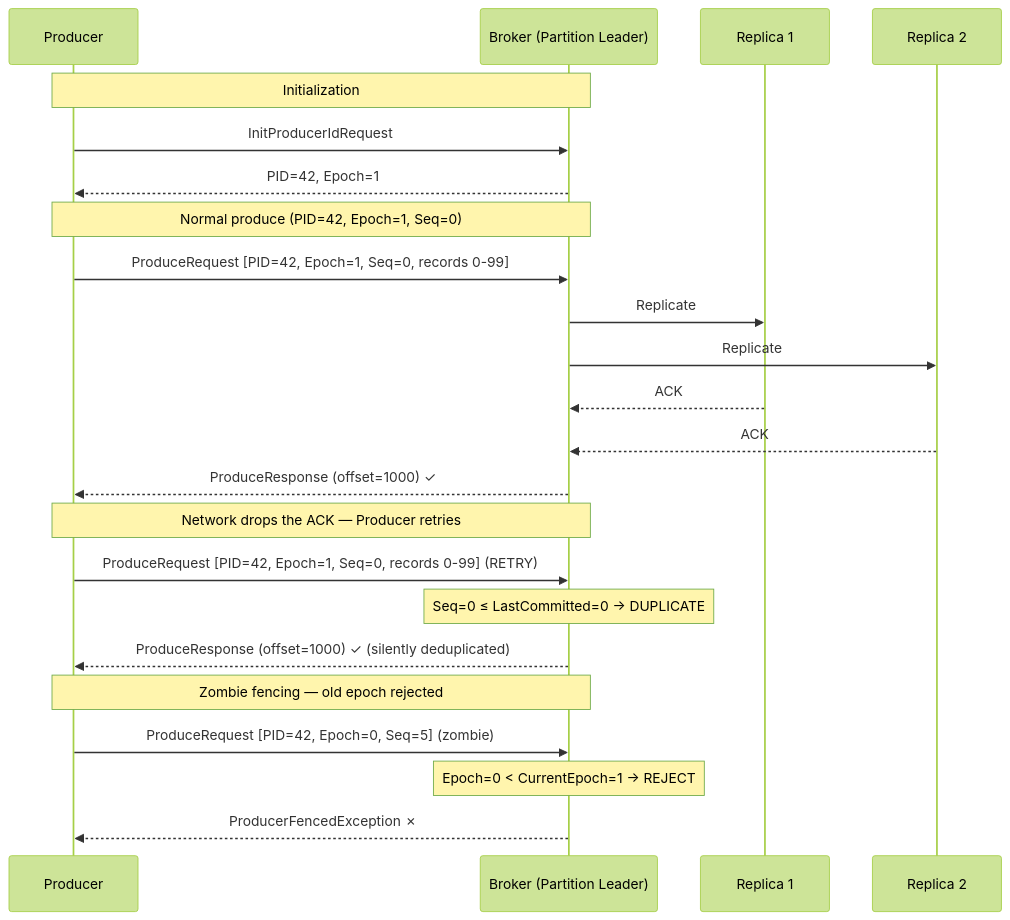
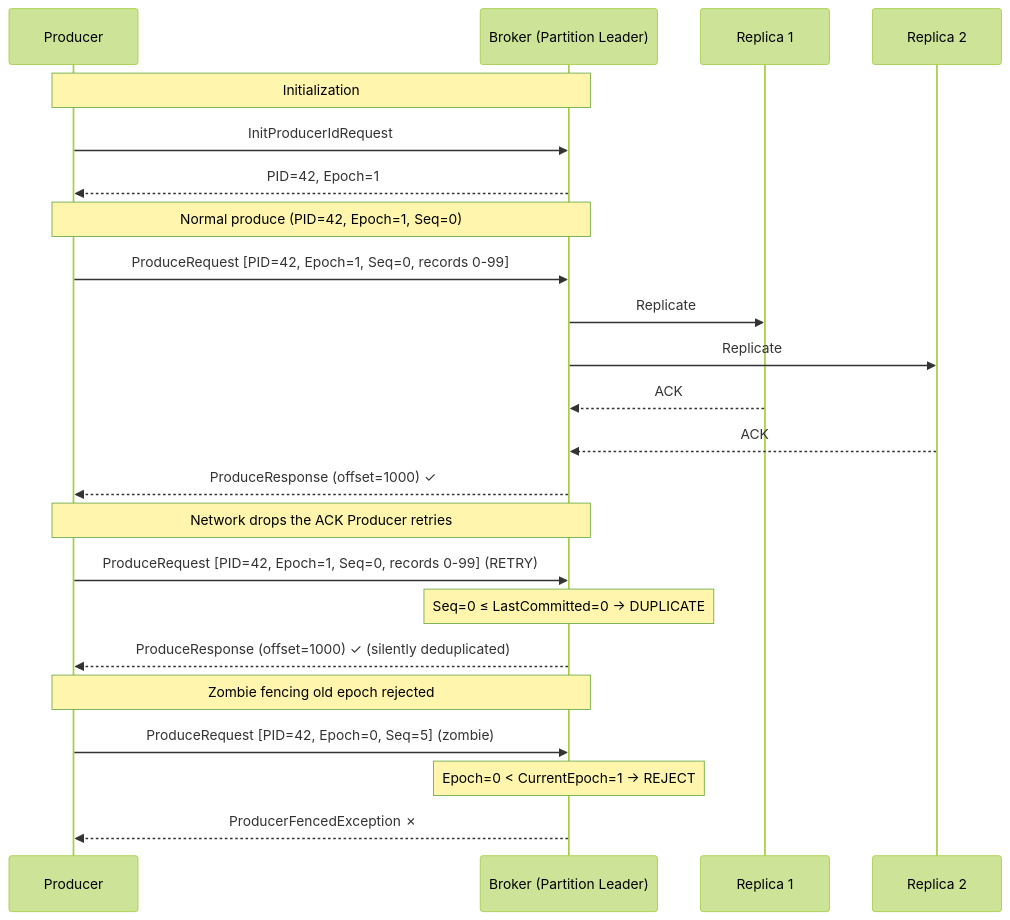
The second of 3 diagrams in Kafka/kafka-deep-dive-part-6.md (Sachinchaurasiya360/Article), drawn with Mermaid (forest theme) before and after one commit. The commit also changed other lines of this file and 73 other files, not shown here.

````diff
--- a/Kafka/kafka-deep-dive-part-6.md
+++ b/Kafka/kafka-deep-dive-part-6.md
@@ -417,29 +417,29 @@
 ```mermaid
 sequenceDiagram
     participant P as Producer
     participant B as Broker (Partition Leader)
     participant R1 as Replica 1
     participant R2 as Replica 2
 
     Note over P,B: Initialization
     P->>B: InitProducerIdRequest
     B-->>P: PID=42, Epoch=1
 
     Note over P,B: Normal produce (PID=42, Epoch=1, Seq=0)
     P->>B: ProduceRequest [PID=42, Epoch=1, Seq=0, records 0-99]
     B->>R1: Replicate
     B->>R2: Replicate
     R1-->>B: ACK
     R2-->>B: ACK
     B-->>P: ProduceResponse (offset=1000) ✓
 
-    Note over P,B: Network drops the ACK — Producer retries
+    Note over P,B: Network drops the ACK  Producer retries
     P->>B: ProduceRequest [PID=42, Epoch=1, Seq=0, records 0-99] (RETRY)
     Note over B: Seq=0 ≤ LastCommitted=0 → DUPLICATE
     B-->>P: ProduceResponse (offset=1000) ✓ (silently deduplicated)
 
-    Note over P,B: Zombie fencing — old epoch rejected
+    Note over P,B: Zombie fencing  old epoch rejected
     P->>B: ProduceRequest [PID=42, Epoch=0, Seq=5] (zombie)
     Note over B: Epoch=0 < CurrentEpoch=1 → REJECT
     B-->>P: ProducerFencedException ✗
 ```
````
